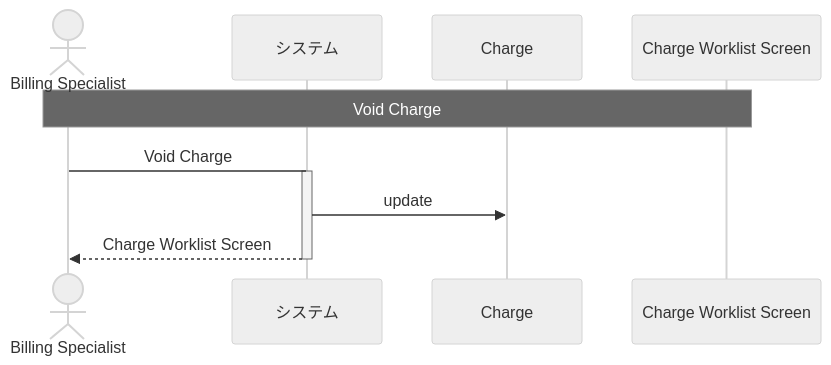
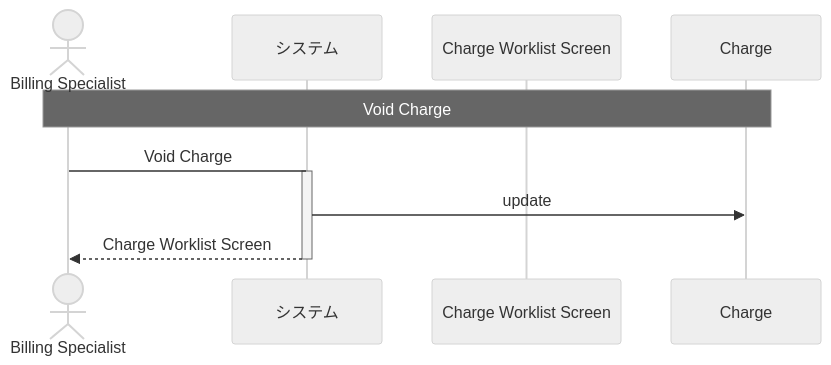
The diagram in samples/clinic-ops/out/uc/sequence_void_charge.mmd (manji-0/rdra-ish-dsl), drawn with Mermaid (neutral theme) before and after one commit. The commit also changed 82 other files, not shown here.

Commit message:
fix: order sequence participants by interaction flow

```diff
--- a/samples/clinic-ops/out/uc/sequence_void_charge.mmd
+++ b/samples/clinic-ops/out/uc/sequence_void_charge.mmd
@@ -1,12 +1,12 @@
 sequenceDiagram
   actor BillingSpecialist as Billing Specialist
   participant System as システム
+  participant ChargeWorklistScreen as Charge Worklist Screen
   participant Charge as Charge
-  participant ChargeWorklistScreen as Charge Worklist Screen
 
-  Note over BillingSpecialist,ChargeWorklistScreen: Void Charge
+  Note over BillingSpecialist,Charge: Void Charge
   BillingSpecialist->System: Void Charge
   activate System
   System->>Charge: update
   System-->>BillingSpecialist: Charge Worklist Screen
   deactivate System
```
